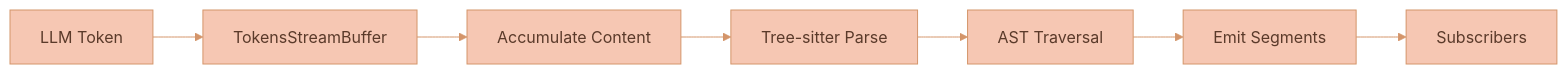
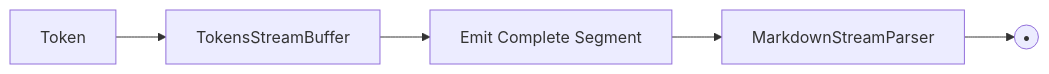
The first of 4 diagrams in README.md (Lixpi/markdown-stream-parser), drawn with Mermaid before and after one commit. The commit also changed other lines of this file and 35 other files, not shown here.

Commit message:
Revert "LIX-MDSP-5 # replace naive state machine implementation with tree sitter"

````diff
--- a/README.md
+++ b/README.md
@@ -280,10 +291,7 @@
 ```mermaid
-%%{init: {'theme': 'base', 'themeVariables': { 'primaryColor': '#F6C7B3', 'primaryTextColor': '#5a3a2a', 'primaryBorderColor': '#d4956a', 'secondaryColor': '#C3DEDD', 'secondaryTextColor': '#1a3a47', 'secondaryBorderColor': '#4a8a9d', 'tertiaryColor': '#DCECE9', 'tertiaryTextColor': '#1a3a47', 'tertiaryBorderColor': '#82B2C0', 'lineColor': '#d4956a', 'textColor': '#5a3a2a'}}}%%
 flowchart LR
-    A[LLM Token] --> B[TokensStreamBuffer]
-    B --> C[Accumulate Content]
-    C --> D[Tree-sitter Parse]
-    D --> E[AST Traversal]
-    E --> F[Emit Segments]
-    F --> G[Subscribers]
+    A[Token] --> B[TokensStreamBuffer]
+    B --> C[Emit Complete Segment]
+    C --> D[MarkdownStreamParser]
+    D --> F((•))
 ```
````
